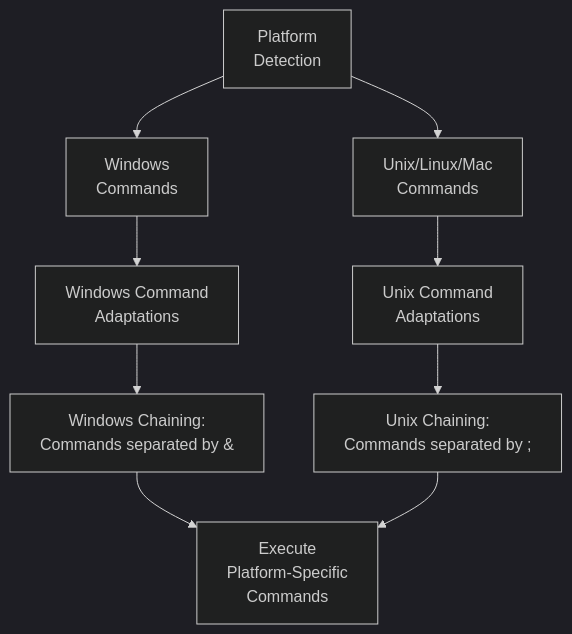
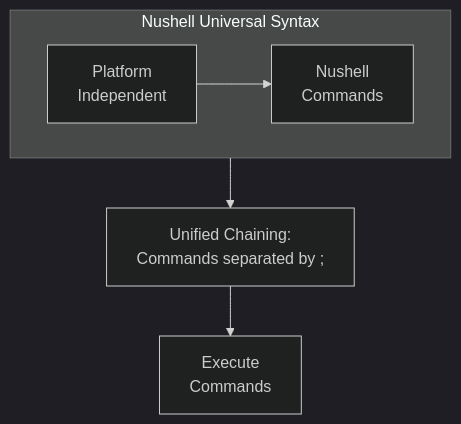
One commit to tyrchen/simple-zanzibar changed the fourth of 7 diagrams in .cursor/rules/isolation_rules/Core/command-execution.mdc. Above: the diagram before and after it, drawn with Mermaid (dark theme). The commit also changed other lines of this file and 2 other files, not shown here.

````diff
--- a/.cursor/rules/isolation_rules/Core/command-execution.mdc
+++ b/.cursor/rules/isolation_rules/Core/command-execution.mdc
@@ -120,13 +119,10 @@
 ```mermaid
 graph TD
-    Platform["Platform<br>Detection"] --> Windows["Windows<br>Commands"]
-    Platform --> Unix["Unix/Linux/Mac<br>Commands"]
+    subgraph Nushell Universal Syntax
+        direction LR
+        Platform["Platform<br>Independent"] --> Nushell["Nushell<br>Commands"]
+    end
 
-    Windows --> WinAdapt["Windows Command<br>Adaptations"]
-    Unix --> UnixAdapt["Unix Command<br>Adaptations"]
-
-    WinAdapt --> WinChain["Windows Chaining:<br>Commands separated by &"]
-    UnixAdapt --> UnixChain["Unix Chaining:<br>Commands separated by ;"]
-
-    WinChain & UnixChain --> Execute["Execute<br>Platform-Specific<br>Commands"]
+    Nushell --> Chaining["Unified Chaining:<br>Commands separated by ;"]
+    Chaining --> Execute["Execute<br>Commands"]
 ```
````
